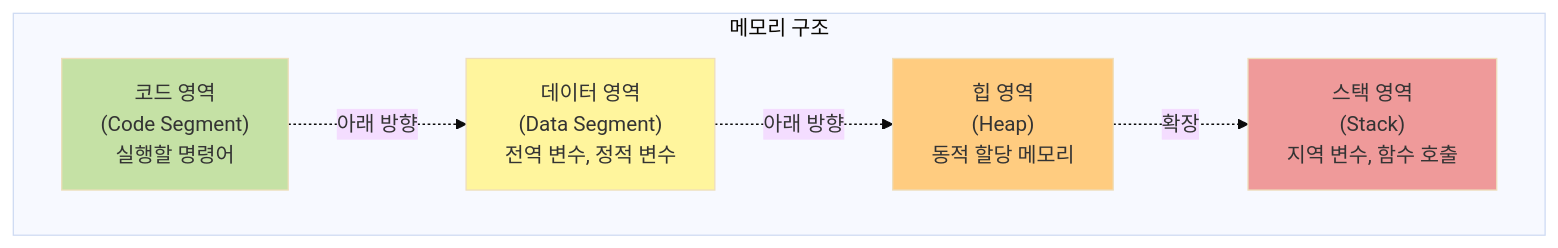
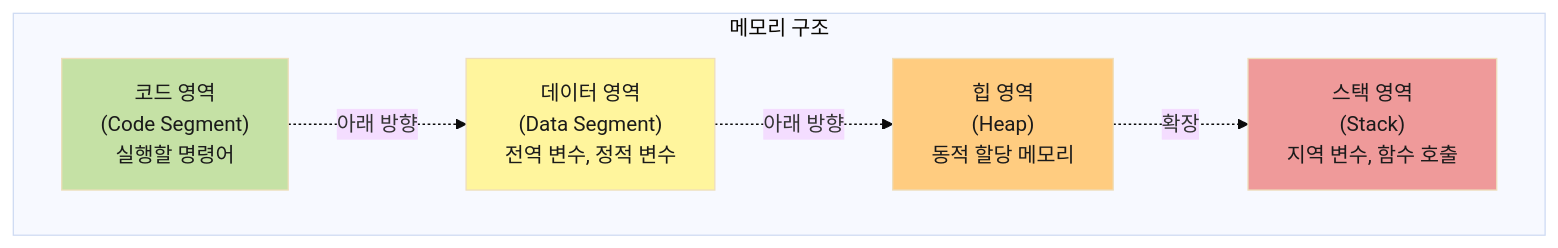
The second of 22 diagrams in apps/devblog/content/posts/operating-system.mdx (Cllaude99/cllaude99_labs), drawn with Mermaid (base theme) before and after one commit. The commit also changed other lines of this file, not shown here.

First line of the commit message:
fix: 다크 모드에서 머메이드 다이어그램의 텍스트 색상 추가

````diff
--- a/apps/devblog/content/posts/operating-system.mdx
+++ b/apps/devblog/content/posts/operating-system.mdx
@@ -30,18 +30,18 @@
 ```mermaid
 graph TB
     subgraph Memory["메모리 구조"]
         Code["코드 영역<br/>(Code Segment)<br/>실행할 명령어"]
         Data["데이터 영역<br/>(Data Segment)<br/>전역 변수, 정적 변수"]
         Heap["힙 영역<br/>(Heap)<br/>동적 할당 메모리"]
         Stack["스택 영역<br/>(Stack)<br/>지역 변수, 함수 호출"]
     end
 
     Code -.아래 방향.-> Data
     Data -.아래 방향.-> Heap
     Heap -.확장.-> Stack
 
-    style Code fill:#c5e1a5
-    style Data fill:#fff59d
-    style Heap fill:#ffcc80
-    style Stack fill:#ef9a9a
+    style Code fill:#c5e1a5,color:#1a1a1a
+    style Data fill:#fff59d,color:#1a1a1a
+    style Heap fill:#ffcc80,color:#1a1a1a
+    style Stack fill:#ef9a9a,color:#1a1a1a
 ```
````
